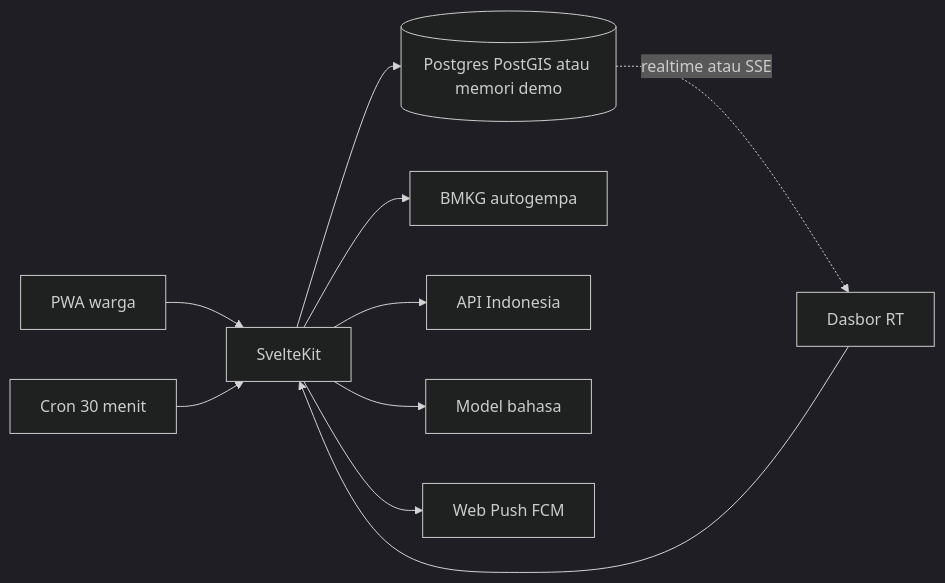
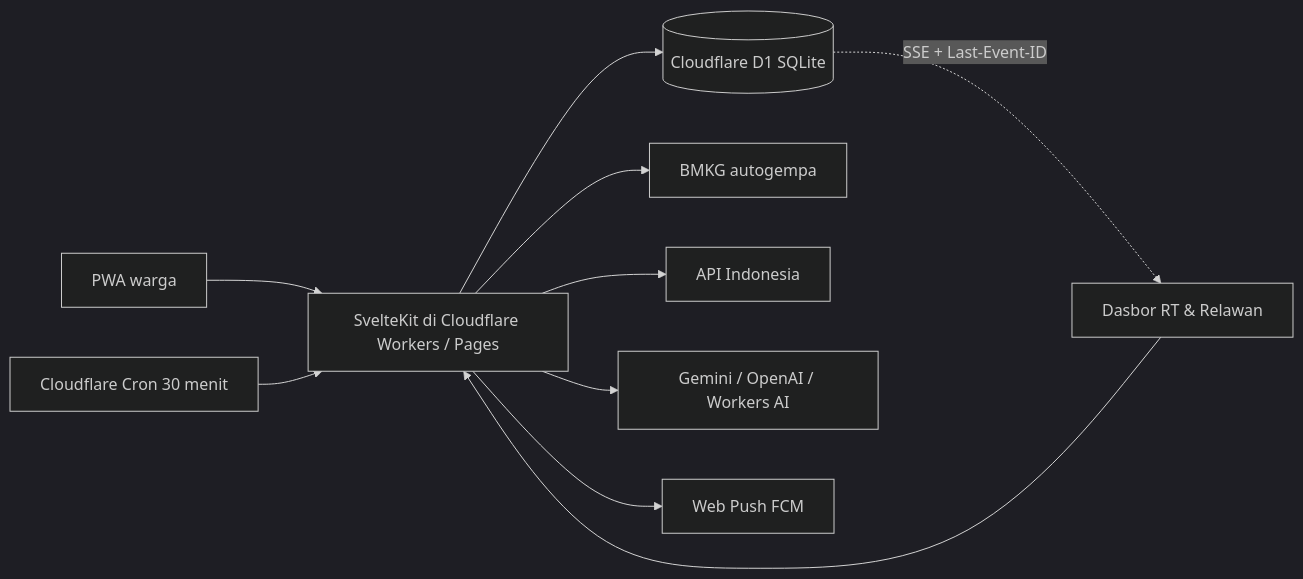
The diagram in README.md (Woot-Studio/friendlyneigborhood), drawn with Mermaid (dark theme) before and after one commit. The commit also changed other lines of this file and 59 other files, not shown here.

````diff
--- a/README.md
+++ b/README.md
@@ -28,22 +29,22 @@
 ```mermaid
 flowchart LR
   warga[PWA warga]
-  rt[Dasbor RT]
-  app[SvelteKit]
-  store[(Postgres PostGIS atau memori demo)]
-  cron[Cron 30 menit]
+  rt[Dasbor RT & Relawan]
+  app[SvelteKit di Cloudflare Workers / Pages]
+  d1[(Cloudflare D1 SQLite)]
+  cron[Cloudflare Cron 30 menit]
   bmkg[BMKG autogempa]
   api[API Indonesia]
-  llm[Model bahasa]
+  llm[Gemini / OpenAI / Workers AI]
   push[Web Push FCM]
 
   warga --> app
   rt --> app
-  app --> store
+  app --> d1
   cron --> app
   app --> bmkg
   app --> api
   app --> llm
   app --> push
-  store -. realtime atau SSE .-> rt
+  d1 -. SSE + Last-Event-ID .-> rt
 ```
````
